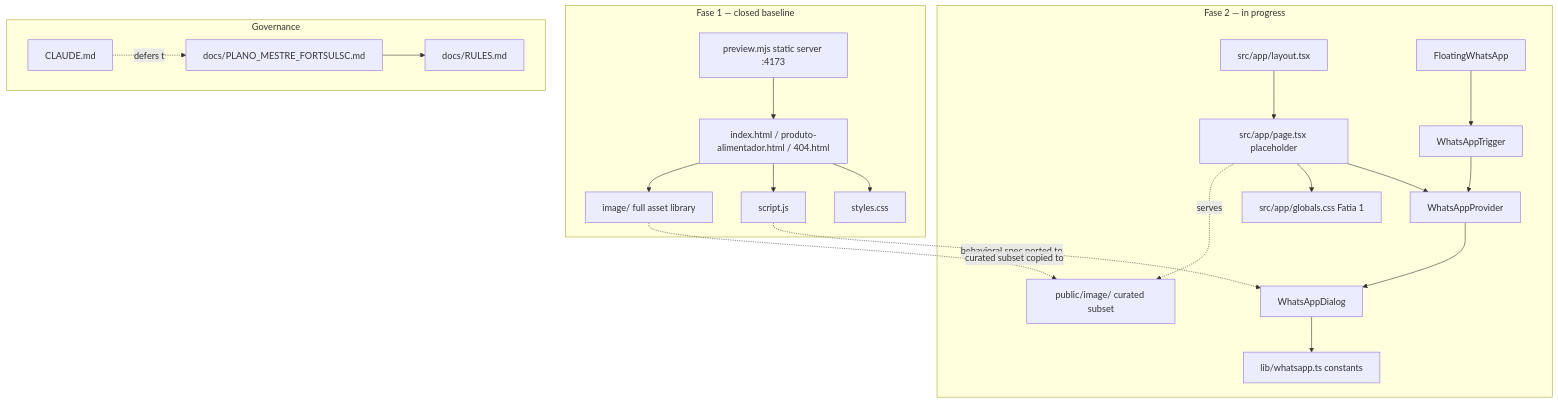
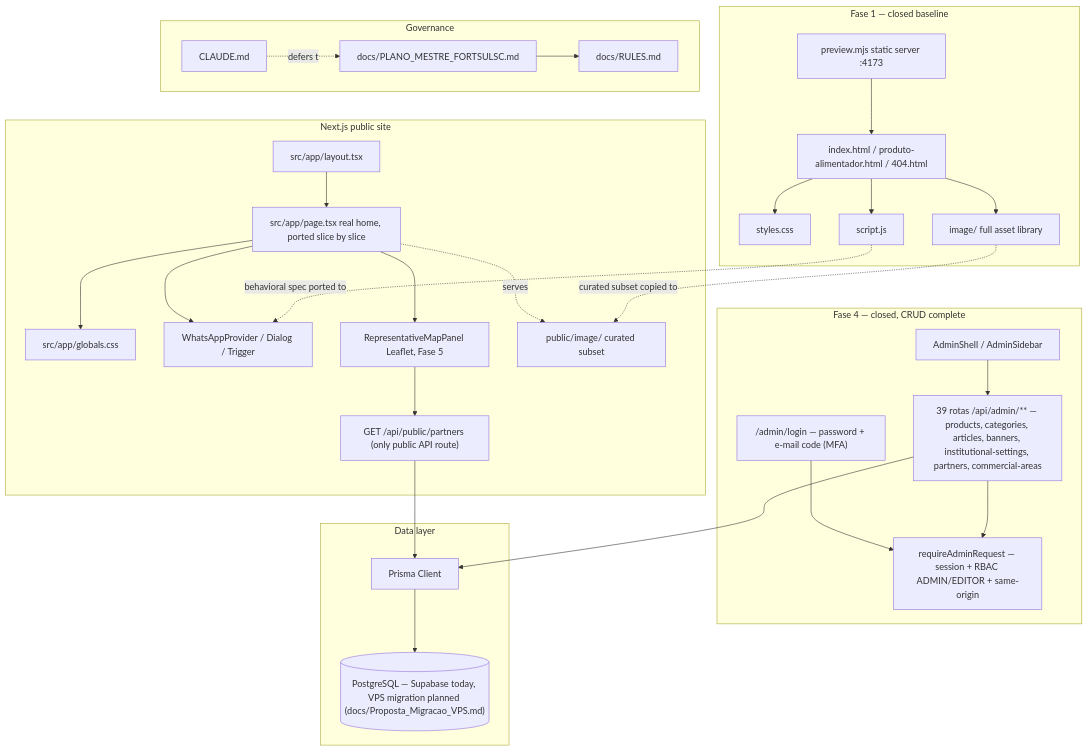
One commit to joseumtavares/FortSulSC changed the first of 3 diagrams in docs/CODEBASE_MAP.md. Above: the diagram before and after it, drawn with Mermaid. The commit also changed other lines of this file and 6 other files, not shown here.

First line of the commit message:
merge: teto defensivo (500) e documentação (API.md/CODEBASE_MAP.md) do fechamento da Fase 5

````diff
--- a/docs/CODEBASE_MAP.md
+++ b/docs/CODEBASE_MAP.md
@@ -17,46 +17,62 @@
 ```mermaid
 graph TB
     subgraph Legacy static site [Fase 1 — closed baseline]
         HTML[index.html / produto-alimentador.html / 404.html]
         CSS[styles.css]
         JS[script.js]
         PREVIEW[preview.mjs static server :4173]
         IMG[image/ full asset library]
         HTML --> CSS
         HTML --> JS
         PREVIEW --> HTML
         HTML --> IMG
     end
 
-    subgraph Next.js app [Fase 2 — in progress]
+    subgraph Next.js public site
         LAYOUT[src/app/layout.tsx]
-        PAGE[src/app/page.tsx placeholder]
-        GLOBALS[src/app/globals.css Fatia 1]
-        WAPROVIDER[WhatsAppProvider]
-        WATRIGGER[WhatsAppTrigger]
-        WADIALOG[WhatsAppDialog]
-        WAFLOAT[FloatingWhatsApp]
-        WALIB[lib/whatsapp.ts constants]
+        PAGE[src/app/page.tsx real home, ported slice by slice]
+        GLOBALS[src/app/globals.css]
+        WAPROVIDER[WhatsAppProvider / Dialog / Trigger]
+        MAPPANEL[RepresentativeMapPanel Leaflet, Fase 5]
+        PUBAPI["GET /api/public/partners (only public API route)"]
         PUBIMG[public/image/ curated subset]
 
         LAYOUT --> PAGE
         PAGE --> WAPROVIDER
-        WAPROVIDER --> WADIALOG
-        WATRIGGER --> WAPROVIDER
-        WAFLOAT --> WATRIGGER
-        WADIALOG --> WALIB
+        PAGE --> MAPPANEL
+        MAPPANEL --> PUBAPI
         PAGE --> GLOBALS
         PAGE -.serves.-> PUBIMG
     end
+
+    subgraph Next.js admin panel [Fase 4 — closed, CRUD complete]
+        ADMINLOGIN["/admin/login — password + e-mail code (MFA)"]
+        ADMINSHELL[AdminShell / AdminSidebar]
+        ADMINROUTES["39 rotas /api/admin/** — products, categories, articles, banners, institutional-settings, partners, commercial-areas"]
+        AUTHGUARD["requireAdminRequest — session + RBAC ADMIN/EDITOR + same-origin"]
+
+        ADMINLOGIN --> AUTHGUARD
+        ADMINSHELL --> ADMINROUTES
+        ADMINROUTES --> AUTHGUARD
+    end
+
+    subgraph Data layer
+        PRISMA[Prisma Client]
+        PG[("PostgreSQL — Supabase today, VPS migration planned (docs/Proposta_Migracao_VPS.md)")]
+        PRISMA --> PG
+    end
+
+    PUBAPI --> PRISMA
+    ADMINROUTES --> PRISMA
 
     subgraph Governance
         MASTER[docs/PLANO_MESTRE_FORTSULSC.md]
         RULES[docs/RULES.md]
         CLAUDEMD[CLAUDE.md]
         MASTER --> RULES
         CLAUDEMD -.defers to.-> MASTER
     end
 
-    JS -. behavioral spec ported to .-> WADIALOG
+    JS -. behavioral spec ported to .-> WAPROVIDER
     IMG -. curated subset copied to .-> PUBIMG
 ```
````
